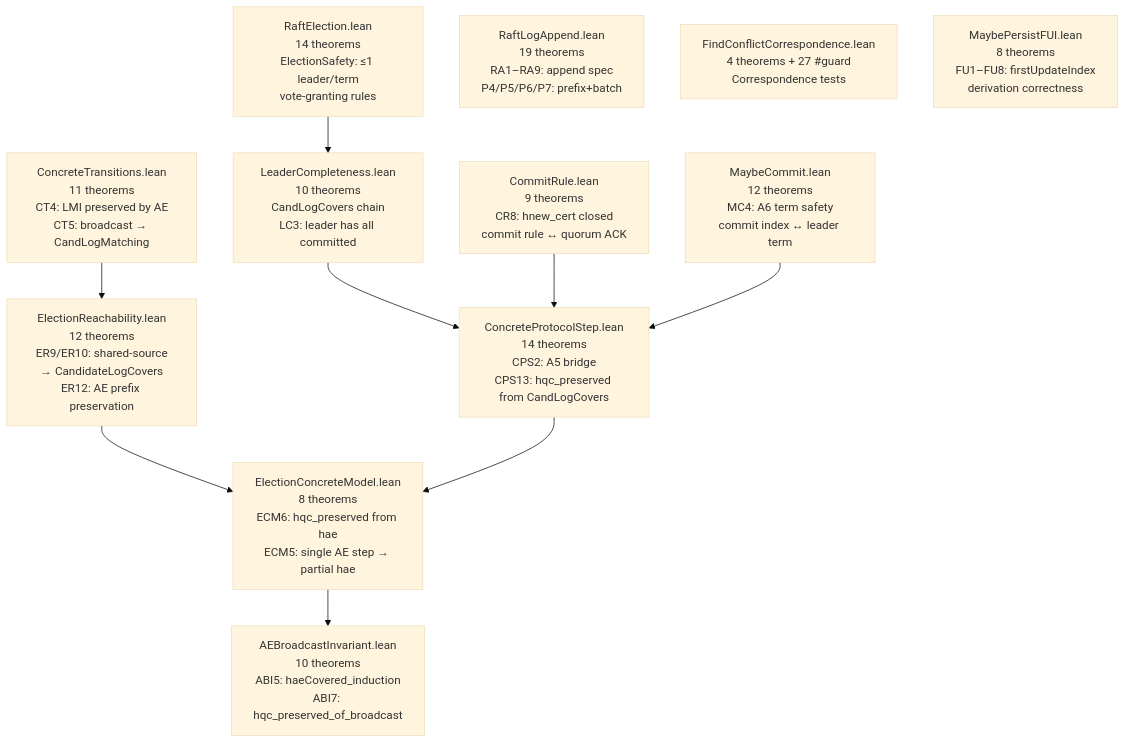
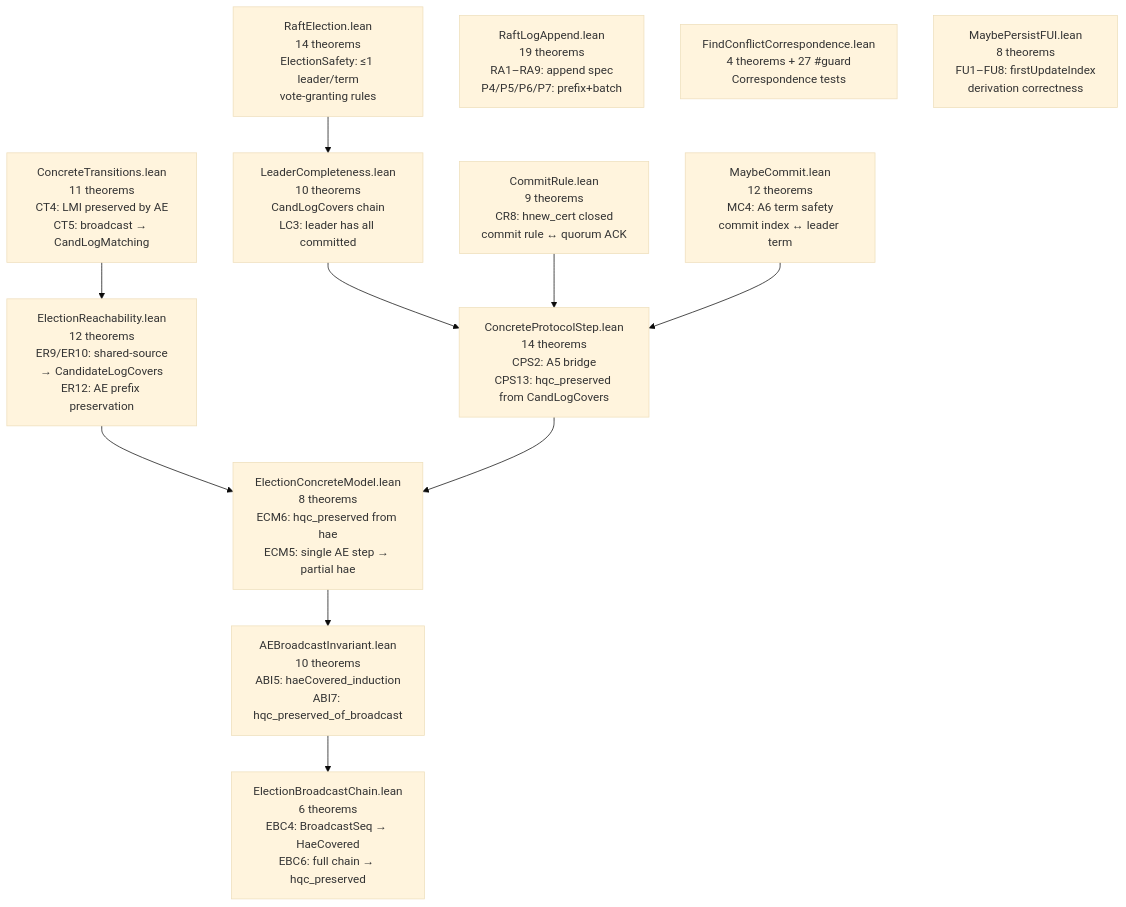
One commit to dsyme/raft-lean-squad changed the eighth of 11 diagrams in formal-verification/REPORT.md. Above: the diagram before and after it, drawn with Mermaid (base theme). The commit also changed other lines of this file and 1 other file, not shown here.

````diff
--- a/formal-verification/REPORT.md
+++ b/formal-verification/REPORT.md
@@ -250,24 +255,26 @@
 ```mermaid
 graph TD
     RE["RaftElection.lean<br/>14 theorems<br/>ElectionSafety: ≤1 leader/term<br/>vote-granting rules"]
     LC["LeaderCompleteness.lean<br/>10 theorems<br/>CandLogCovers chain<br/>LC3: leader has all committed"]
     CT["ConcreteTransitions.lean<br/>11 theorems<br/>CT4: LMI preserved by AE<br/>CT5: broadcast → CandLogMatching"]
     CR["CommitRule.lean<br/>9 theorems<br/>CR8: hnew_cert closed<br/>commit rule ↔ quorum ACK"]
     MC["MaybeCommit.lean<br/>12 theorems<br/>MC4: A6 term safety<br/>commit index ↔ leader term"]
     CPS["ConcreteProtocolStep.lean<br/>14 theorems<br/>CPS2: A5 bridge<br/>CPS13: hqc_preserved from CandLogCovers"]
     ER["ElectionReachability.lean<br/>12 theorems<br/>ER9/ER10: shared-source<br/>→ CandidateLogCovers<br/>ER12: AE prefix preservation"]
     ECM["ElectionConcreteModel.lean<br/>8 theorems<br/>ECM6: hqc_preserved from hae<br/>ECM5: single AE step → partial hae"]
     RLA["RaftLogAppend.lean<br/>19 theorems<br/>RA1–RA9: append spec<br/>P4/P5/P6/P7: prefix+batch"]
     ABI["AEBroadcastInvariant.lean<br/>10 theorems<br/>ABI5: haeCovered_induction<br/>ABI7: hqc_preserved_of_broadcast"]
+    EBC["ElectionBroadcastChain.lean<br/>6 theorems<br/>EBC4: BroadcastSeq → HaeCovered<br/>EBC6: full chain → hqc_preserved"]
     FCC["FindConflictCorrespondence.lean<br/>4 theorems + 27 #guard<br/>Correspondence tests"]
     MPFUI["MaybePersistFUI.lean<br/>8 theorems<br/>FU1–FU8: firstUpdateIndex<br/>derivation correctness"]
 
     RE --> LC
     CT --> ER
     LC --> CPS
     ER --> ECM
     CPS --> ECM
     CR --> CPS
     MC --> CPS
     ECM --> ABI
+    ABI --> EBC
 ```
````
